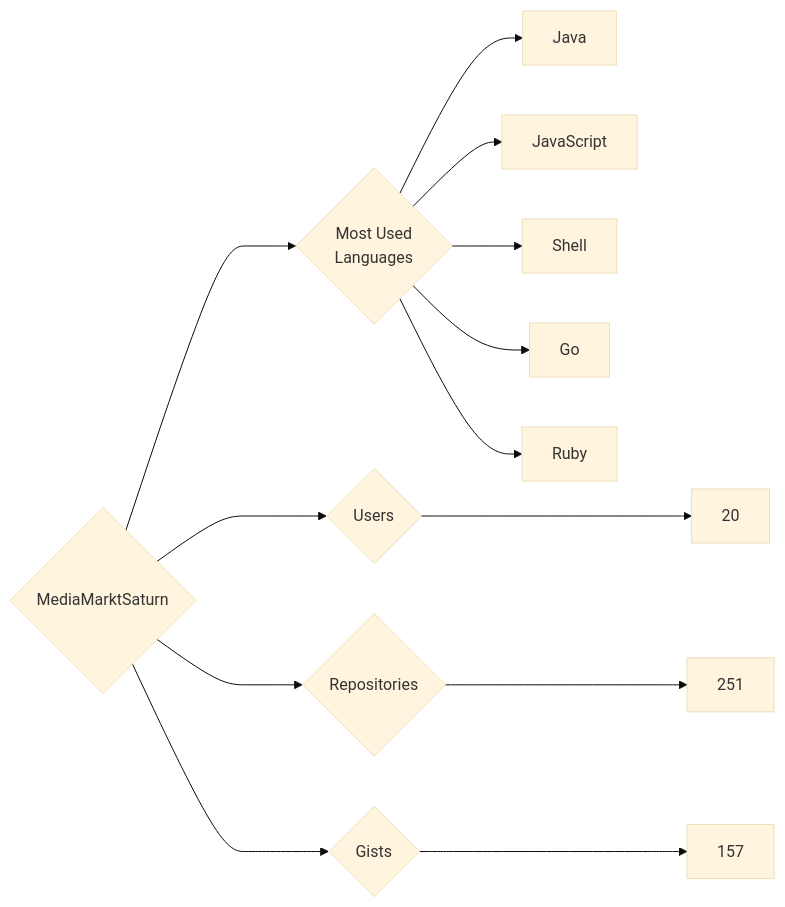
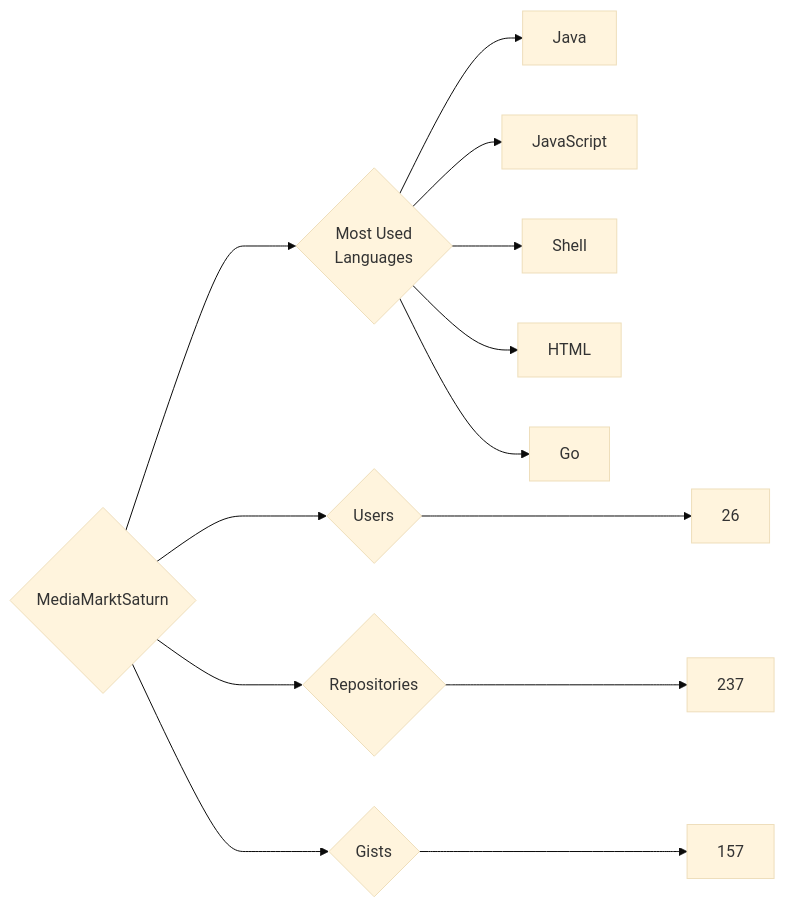
One commit to trickest/insiders changed the diagram in targets/MediaMarktSaturn/README.md. Above: the diagram before and after it, drawn with Mermaid (base theme). The commit also changed 823 other files, not shown here.

````diff
--- a/targets/MediaMarktSaturn/README.md
+++ b/targets/MediaMarktSaturn/README.md
@@ -3,13 +3,13 @@
 ```mermaid
 graph LR
 COMPANY_NAME{MediaMarktSaturn}
-COMPANY_NAME ---> U{Users} ---> UN[20]
-COMPANY_NAME ---> R{Repositories} ---> RN[251]
+COMPANY_NAME ---> U{Users} ---> UN[26]
+COMPANY_NAME ---> R{Repositories} ---> RN[237]
 COMPANY_NAME ---> G{Gists} ---> GN[157]
 COMPANY_NAME ---> ML{Most Used<br>Languages}
 ML --> Java[Java]
 ML --> JavaScript[JavaScript]
 ML --> Shell[Shell]
+ML --> HTML[HTML]
 ML --> Go[Go]
-ML --> Ruby[Ruby]
 ```
````
